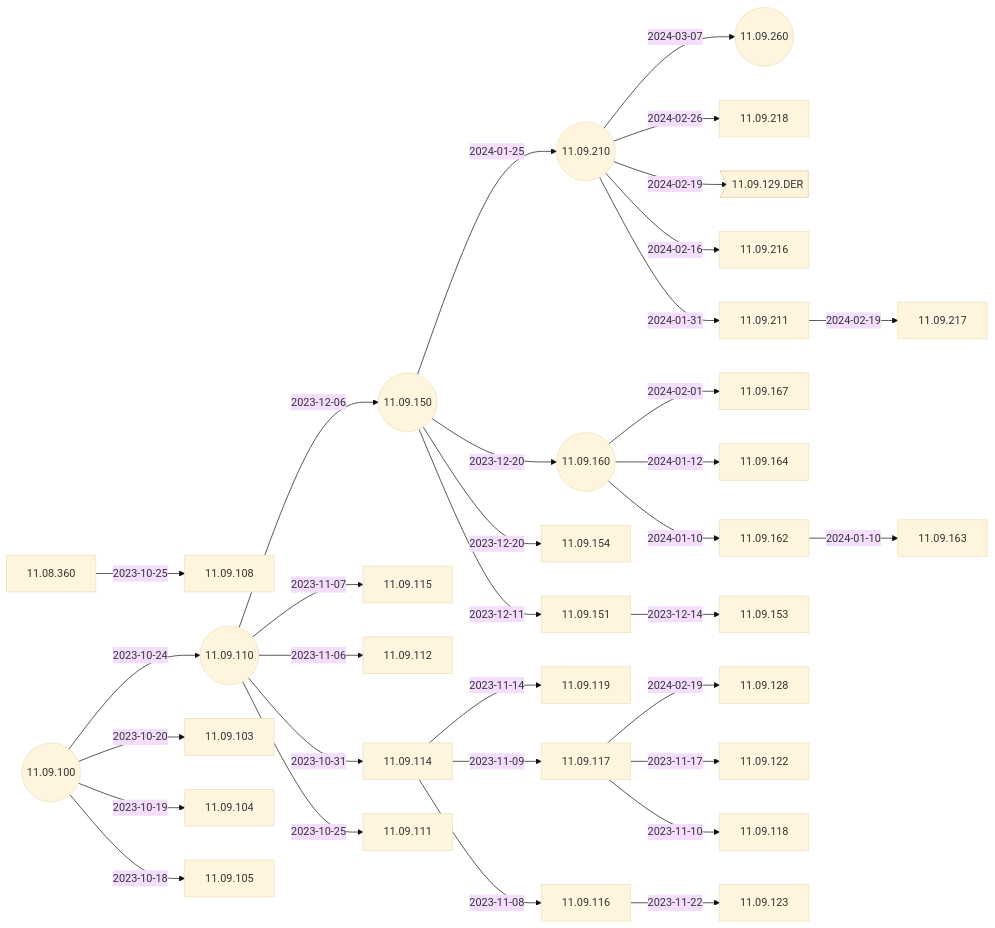
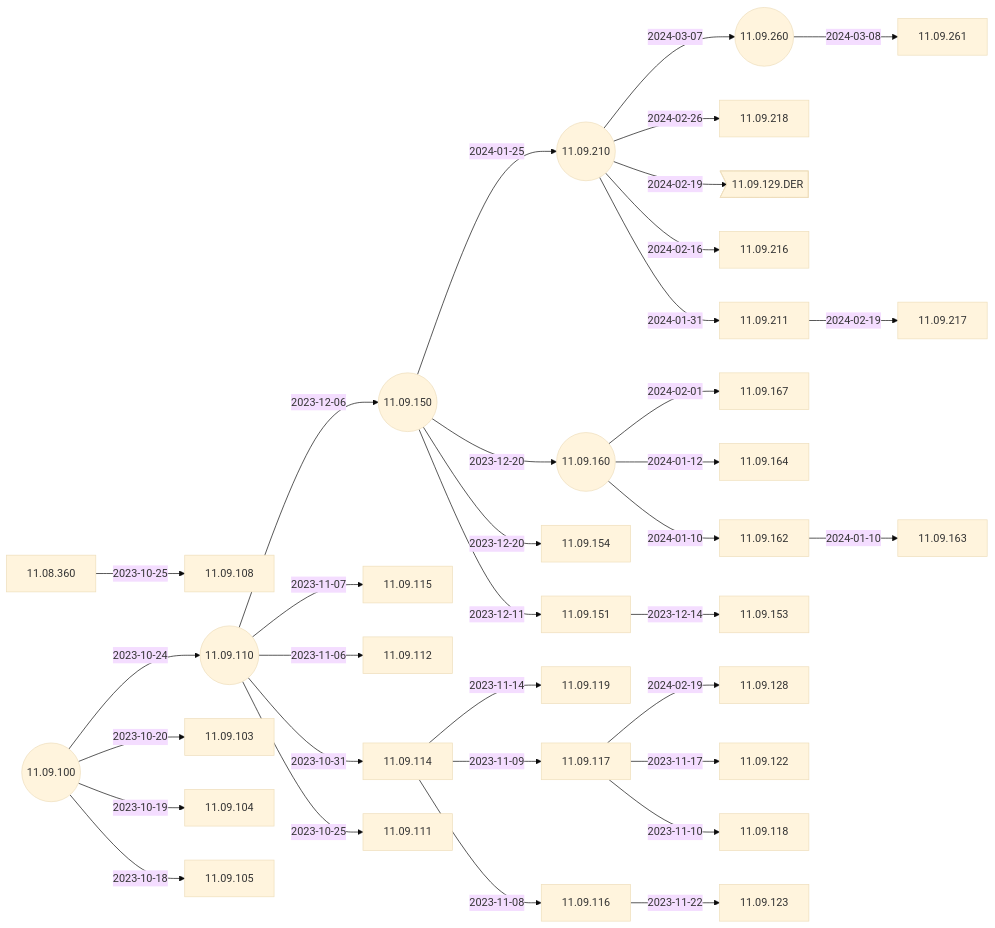
Before and after one commit to IGEL-Community/IGEL-Docs-v02: the second of 5 diagrams in docs/Docs/ReleaseNotes/01-OS11/README.md, drawn with Mermaid (base theme). The commit also changed 3 other files, not shown here.

````diff
--- a/docs/Docs/ReleaseNotes/01-OS11/README.md
+++ b/docs/Docs/ReleaseNotes/01-OS11/README.md
@@ -41,69 +41,71 @@
 ```mermaid
 flowchart LR
+    11.09.260-- 2024-03-08 -->11.09.261
     11.09.210-- 2024-03-07 -->11.09.260((11.09.260))
     11.09.210-- 2024-02-26 -->11.09.218
     11.09.210-- 2024-02-19 -->11.09.129.DER>11.09.129.DER]
     11.09.211-- 2024-02-19 -->11.09.217
     11.09.117-- 2024-02-19 -->11.09.128
     11.09.210-- 2024-02-16 -->11.09.216
     11.09.160-- 2024-02-01 -->11.09.167
     11.09.210-- 2024-01-31 -->11.09.211
     11.09.150-- 2024-01-25 -->11.09.210((11.09.210))
     11.09.162-- 2024-01-10 -->11.09.163
     11.09.160-- 2024-01-12 -->11.09.164
     11.09.160-- 2024-01-10 -->11.09.162
     11.09.150-- 2023-12-20 -->11.09.160((11.09.160))
     11.09.150-- 2023-12-20 -->11.09.154
     11.09.151-- 2023-12-14 -->11.09.153
     11.09.150-- 2023-12-11 -->11.09.151
     11.09.110-- 2023-12-06 -->11.09.150((11.09.150))
     11.09.116-- 2023-11-22 -->11.09.123
     11.09.117-- 2023-11-17 -->11.09.122
     11.09.114-- 2023-11-14 -->11.09.119
     11.09.117-- 2023-11-10 -->11.09.118
     11.09.114-- 2023-11-09 -->11.09.117
     11.09.114-- 2023-11-08 -->11.09.116
     11.09.110-- 2023-11-07 -->11.09.115
     11.09.110-- 2023-11-06 -->11.09.112
     11.09.110-- 2023-10-31 -->11.09.114
     11.08.360-- 2023-10-25 -->11.09.108
     11.09.110-- 2023-10-25 -->11.09.111
     11.09.100-- 2023-10-24 -->11.09.110((11.09.110))
     11.09.100-- 2023-10-20 -->11.09.103
     11.09.100-- 2023-10-19 -->11.09.104
     11.09.100-- 2023-10-18 -->11.09.105
     11.09.100((11.09.100))
+    click 11.09.261 "https://github.com/IGEL-Community/IGEL-Docs-v02/tree/main/docs/Docs/ReleaseNotes/01-OS11/readme11.09.261.txt" _blank
     click 11.09.260 "https://github.com/IGEL-Community/IGEL-Docs-v02/tree/main/docs/Docs/ReleaseNotes/01-OS11/readme11.09.260.txt" _blank
     click 11.09.218 "https://github.com/IGEL-Community/IGEL-Docs-v02/tree/main/docs/Docs/ReleaseNotes/01-OS11/readme11.09.218.txt" _blank
     click 11.09.129.DER "https://github.com/IGEL-Community/IGEL-Docs-v02/tree/main/docs/Docs/ReleaseNotes/01-OS11/readme11.09.129.DER.txt" _blank
     click 11.09.217 "https://github.com/IGEL-Community/IGEL-Docs-v02/tree/main/docs/Docs/ReleaseNotes/01-OS11/readme11.09.217.txt" _blank
     click 11.09.128 "https://github.com/IGEL-Community/IGEL-Docs-v02/tree/main/docs/Docs/ReleaseNotes/01-OS11/readme11.09.128.txt" _blank
     click 11.09.216 "https://github.com/IGEL-Community/IGEL-Docs-v02/tree/main/docs/Docs/ReleaseNotes/01-OS11/readme11.09.216.txt" _blank
     click 11.09.167 "https://github.com/IGEL-Community/IGEL-Docs-v02/tree/main/docs/Docs/ReleaseNotes/01-OS11/readme11.09.167.txt" _blank
     click 11.09.211 "https://github.com/IGEL-Community/IGEL-Docs-v02/tree/main/docs/Docs/ReleaseNotes/01-OS11/readme11.09.211.txt" _blank
     click 11.09.210 "https://github.com/IGEL-Community/IGEL-Docs-v02/tree/main/docs/Docs/ReleaseNotes/01-OS11/readme11.09.210.txt" _blank
     click 11.09.163 "https://github.com/IGEL-Community/IGEL-Docs-v02/tree/main/docs/Docs/ReleaseNotes/01-OS11/readme11.09.163.txt" _blank
     click 11.09.164 "https://github.com/IGEL-Community/IGEL-Docs-v02/tree/main/docs/Docs/ReleaseNotes/01-OS11/readme11.09.164.txt" _blank
     click 11.09.162 "https://github.com/IGEL-Community/IGEL-Docs-v02/tree/main/docs/Docs/ReleaseNotes/01-OS11/readme11.09.162.txt" _blank
     click 11.09.160 "https://github.com/IGEL-Community/IGEL-Docs-v02/tree/main/docs/Docs/ReleaseNotes/01-OS11/readme11.09.160.txt" _blank
     click 11.09.154 "https://github.com/IGEL-Community/IGEL-Docs-v02/tree/main/docs/Docs/ReleaseNotes/01-OS11/readme11.09.154.txt" _blank
     click 11.09.153 "https://github.com/IGEL-Community/IGEL-Docs-v02/tree/main/docs/Docs/ReleaseNotes/01-OS11/readme11.09.153.txt" _blank
     click 11.09.151 "https://github.com/IGEL-Community/IGEL-Docs-v02/tree/main/docs/Docs/ReleaseNotes/01-OS11/readme11.09.151.txt" _blank
     click 11.09.150 "https://github.com/IGEL-Community/IGEL-Docs-v02/tree/main/docs/Docs/ReleaseNotes/01-OS11/readme11.09.150.txt" _blank
     click 11.09.123 "https://github.com/IGEL-Community/IGEL-Docs-v02/tree/main/docs/Docs/ReleaseNotes/01-OS11/readme11.09.123.txt" _blank
     click 11.09.122 "https://github.com/IGEL-Community/IGEL-Docs-v02/tree/main/docs/Docs/ReleaseNotes/01-OS11/readme11.09.122.txt" _blank
     click 11.09.119 "https://github.com/IGEL-Community/IGEL-Docs-v02/tree/main/docs/Docs/ReleaseNotes/01-OS11/readme11.09.119.txt" _blank
     click 11.09.118 "https://github.com/IGEL-Community/IGEL-Docs-v02/tree/main/docs/Docs/ReleaseNotes/01-OS11/readme11.09.118.txt" _blank
     click 11.09.117 "https://github.com/IGEL-Community/IGEL-Docs-v02/tree/main/docs/Docs/ReleaseNotes/01-OS11/readme11.09.117.txt" _blank
     click 11.09.116 "https://github.com/IGEL-Community/IGEL-Docs-v02/tree/main/docs/Docs/ReleaseNotes/01-OS11/readme11.09.116.txt" _blank
     click 11.09.115 "https://github.com/IGEL-Community/IGEL-Docs-v02/tree/main/docs/Docs/ReleaseNotes/01-OS11/readme11.09.115.txt" _blank
     click 11.09.112 "https://github.com/IGEL-Community/IGEL-Docs-v02/tree/main/docs/Docs/ReleaseNotes/01-OS11/readme11.09.112.txt" _blank
     click 11.09.114 "https://github.com/IGEL-Community/IGEL-Docs-v02/tree/main/docs/Docs/ReleaseNotes/01-OS11/readme11.09.114.txt" _blank
     click 11.09.108 "https://github.com/IGEL-Community/IGEL-Docs-v02/tree/main/docs/Docs/ReleaseNotes/01-OS11/readme11.09.108.txt" _blank
     click 11.09.111 "https://github.com/IGEL-Community/IGEL-Docs-v02/tree/main/docs/Docs/ReleaseNotes/01-OS11/readme11.09.111.txt" _blank
     click 11.09.110 "https://github.com/IGEL-Community/IGEL-Docs-v02/tree/main/docs/Docs/ReleaseNotes/01-OS11/readme11.09.110.txt" _blank
     click 11.09.103 "https://github.com/IGEL-Community/IGEL-Docs-v02/tree/main/docs/Docs/ReleaseNotes/01-OS11/readme11.09.103.txt" _blank
     click 11.09.104 "https://github.com/IGEL-Community/IGEL-Docs-v02/tree/main/docs/Docs/ReleaseNotes/01-OS11/readme11.09.104.txt" _blank
     click 11.09.105 "https://github.com/IGEL-Community/IGEL-Docs-v02/tree/main/docs/Docs/ReleaseNotes/01-OS11/readme11.09.105.txt" _blank
     click 11.09.100 "https://github.com/IGEL-Community/IGEL-Docs-v02/tree/main/docs/Docs/ReleaseNotes/01-OS11/readme11.09.100.txt" _blank
 ```
````
